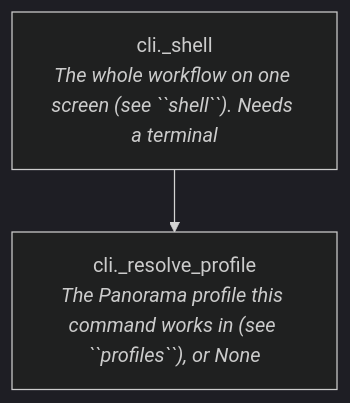
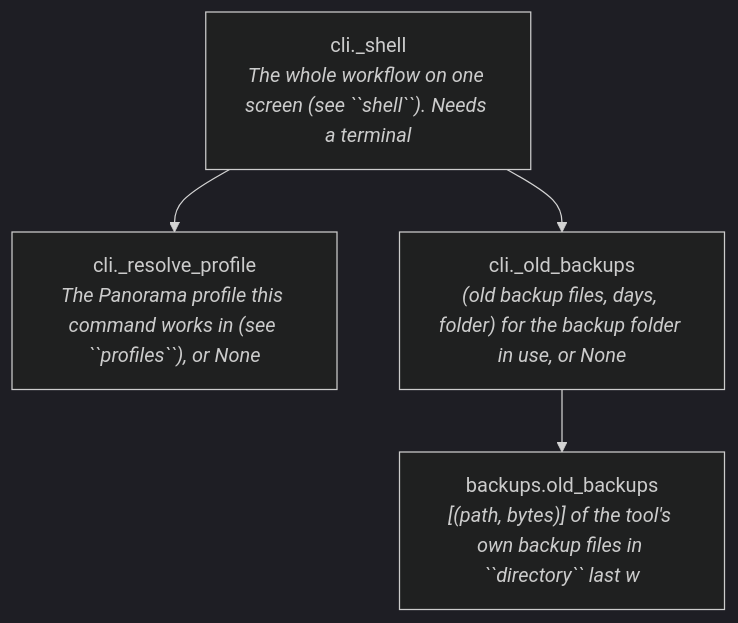
One commit to fettigcj/panUpgrade changed the seventh of 11 diagrams in docs/flow/verbs.md. Above: the diagram before and after it, drawn with Mermaid (dark theme). The commit also changed 9 other files, not shown here.

Commit message:
Offer to delete configuration backups older than backup_keep_days once at start-up

````diff
--- a/docs/flow/verbs.md
+++ b/docs/flow/verbs.md
@@ -617,6 +617,10 @@
 ```mermaid
 flowchart TD
     n_panupgrade_cli__shell["cli._shell<br/><i>The whole workflow on one screen (see ``shell``). Needs a terminal</i>"]
     n_panupgrade_cli__resolve_profile["cli._resolve_profile<br/><i>The Panorama profile this command works in (see ``profiles``), or None</i>"]
+    n_panupgrade_cli__old_backups["cli._old_backups<br/><i>(old backup files, days, folder) for the backup folder in use, or None</i>"]
+    n_panupgrade_backups_old_backups["backups.old_backups<br/><i>[(path, bytes)] of the tool's own backup files in ``directory`` last w</i>"]
     n_panupgrade_cli__shell --> n_panupgrade_cli__resolve_profile
+    n_panupgrade_cli__shell --> n_panupgrade_cli__old_backups
+    n_panupgrade_cli__old_backups --> n_panupgrade_backups_old_backups
 ```
````
